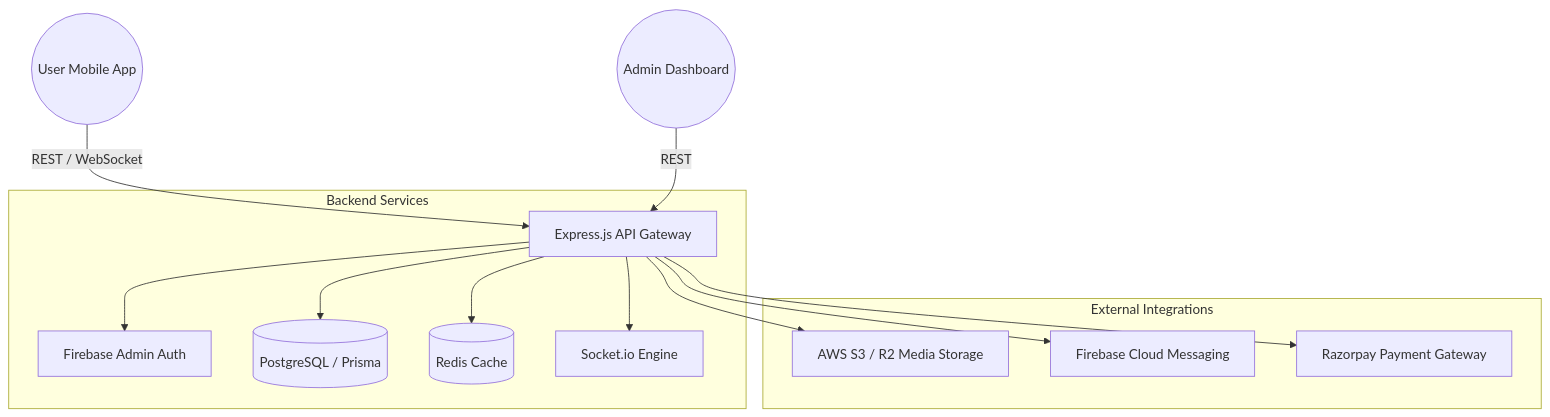
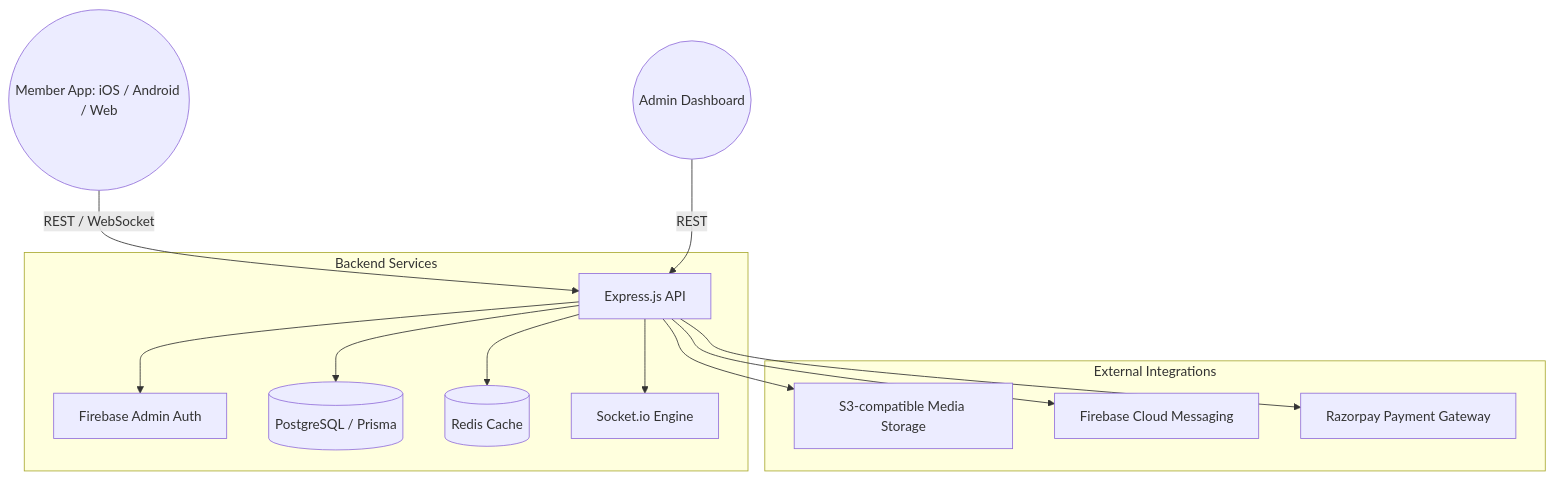
The first of 2 diagrams in README.md (sidharthaxy/DatingApp), drawn with Mermaid before and after one commit. The commit also changed other lines of this file and 4 other files, not shown here.

````diff
--- a/README.md
+++ b/README.md
@@ -21,18 +29,18 @@
 ```mermaid
 graph TD
-    User((User Mobile App)) -->|REST / WebSocket| API[Express.js API Gateway]
+    User((Member App: iOS / Android / Web)) -->|REST / WebSocket| API[Express.js API]
     Admin((Admin Dashboard)) -->|REST| API
     
     subgraph "Backend Services"
         API --> Auth[Firebase Admin Auth]
         API --> DB[(PostgreSQL / Prisma)]
         API --> Cache[(Redis Cache)]
         API --> RealTime[Socket.io Engine]
     end
     
     subgraph "External Integrations"
-        API --> S3[AWS S3 / R2 Media Storage]
-        API --> SMS[Firebase Cloud Messaging]
+        API --> S3[S3-compatible Media Storage]
+        API --> Push[Firebase Cloud Messaging]
         API --> Pay[Razorpay Payment Gateway]
     end
 ```
````
